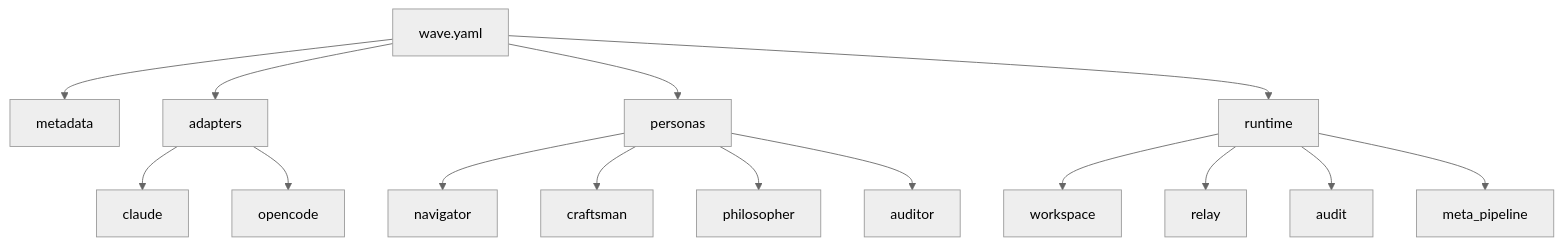
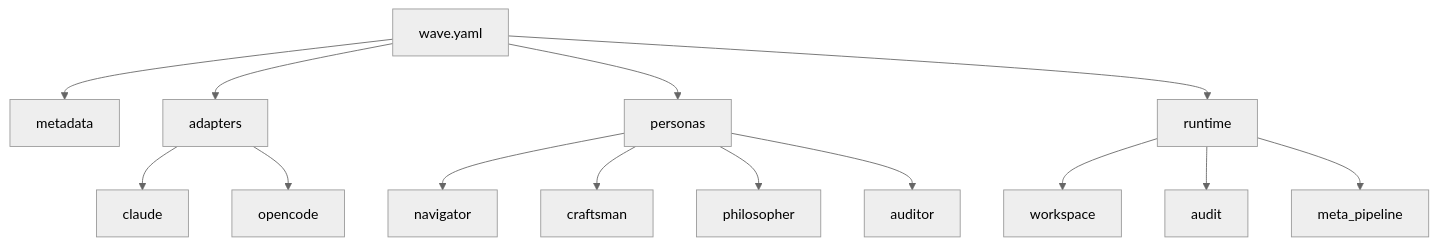
Before and after one commit to re-cinq/wave: the diagram in docs/concepts/manifests.md, drawn with Mermaid (neutral theme). The commit also changed other lines of this file and 41 other files, not shown here.

````diff
--- a/docs/concepts/manifests.md
+++ b/docs/concepts/manifests.md
@@ -16,17 +16,16 @@
 ```mermaid
 graph TD
     M[wave.yaml] --> MD[metadata]
     M --> A[adapters]
     M --> P[personas]
     M --> R[runtime]
     A --> A1[claude]
     A --> A2[opencode]
     P --> P1[navigator]
     P --> P2[craftsman]
     P --> P3[philosopher]
     P --> P4[auditor]
     R --> R1[workspace]
-    R --> R2[relay]
     R --> R3[audit]
     R --> R4[meta_pipeline]
 ```
````
